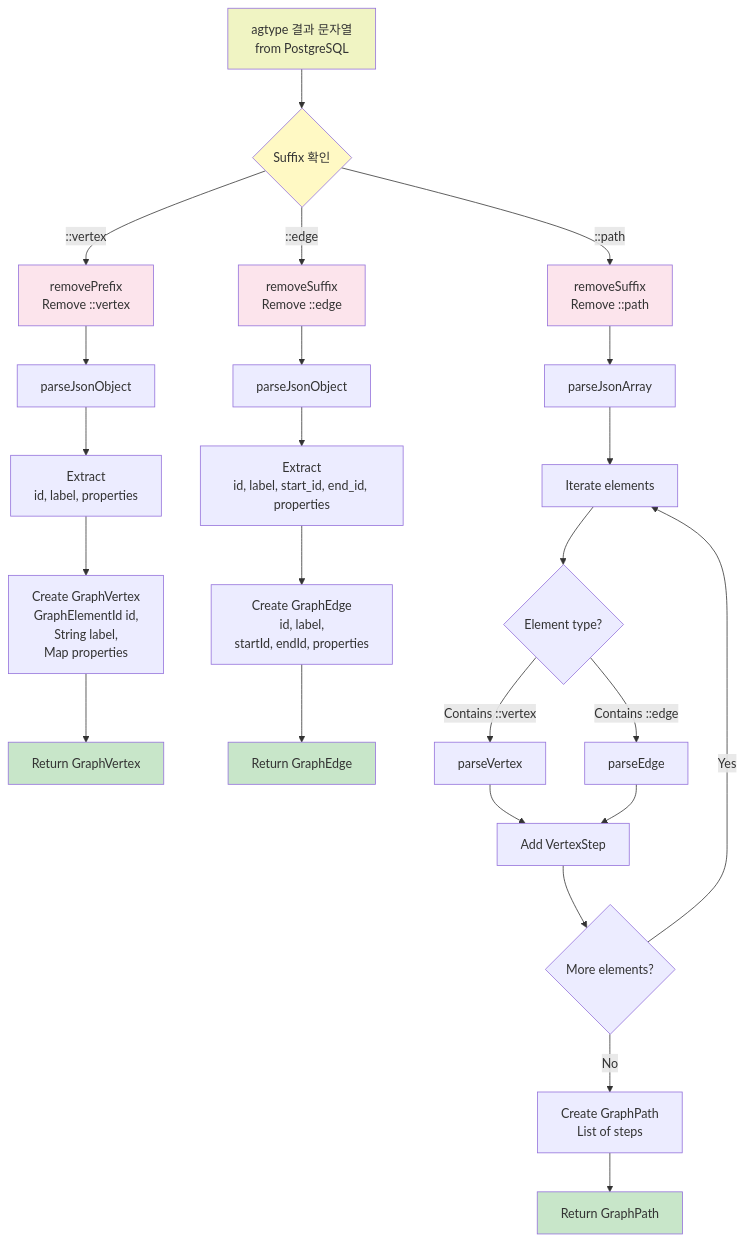
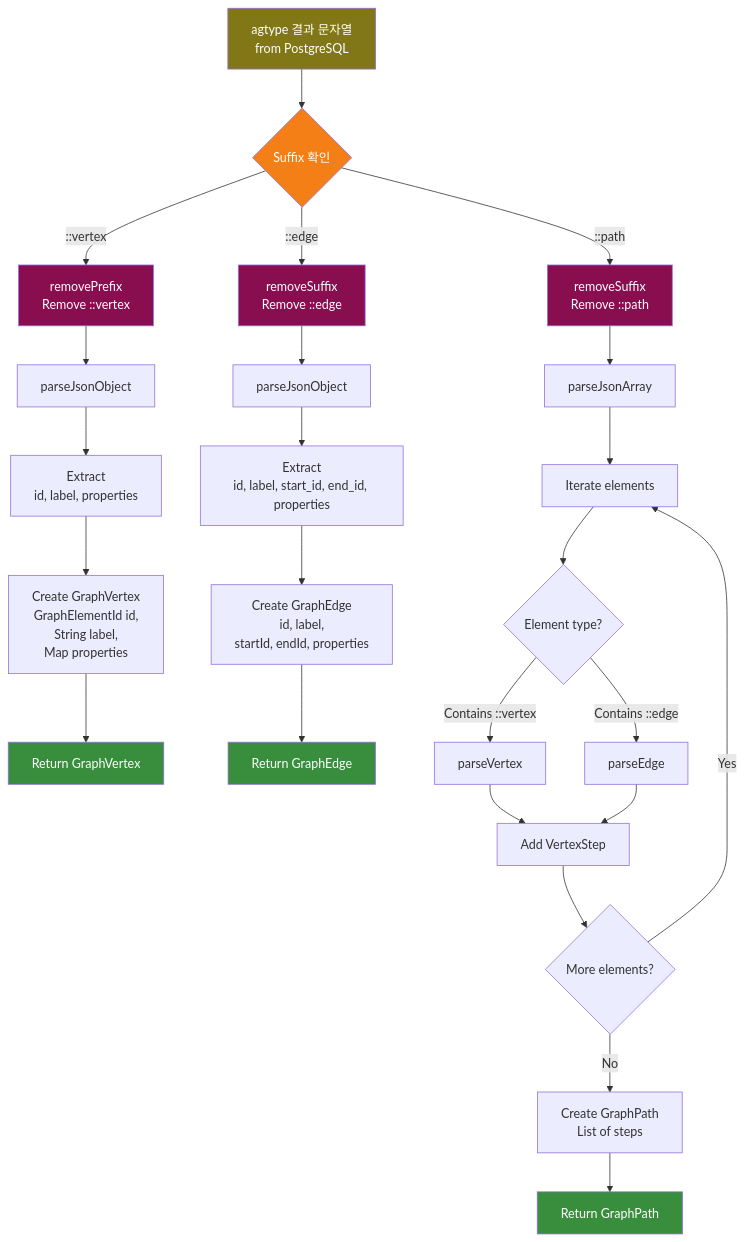
Before and after one commit to bluetape4k/bluetape4k-experimental: the tenth of 12 diagrams in graph/graph-age/README.md, drawn with Mermaid. The commit also changed other lines of this file and 71 other files, not shown here.

First line of the commit message:
feat(graph): Memgraph, TinkerPop 백엔드 및 Neo4j/Memgraph/TinkerPop 예제 추가

````diff
--- a/graph/graph-age/README.md
+++ b/graph/graph-age/README.md
@@ -350,39 +350,39 @@
 ```mermaid
 flowchart TD
     A["agtype 결과 문자열<br/>from PostgreSQL"] --> B{"Suffix 확인"}
     B -->|"::vertex"| C["removePrefix<br/>Remove ::vertex"]
     B -->|"::edge"| D["removeSuffix<br/>Remove ::edge"]
     B -->|"::path"| E["removeSuffix<br/>Remove ::path"]
 
     C --> F["parseJsonObject"]
     F --> G["Extract<br/>id, label, properties"]
     G --> H["Create GraphVertex<br/>GraphElementId id,<br/>String label,<br/>Map properties"]
 
     D --> I["parseJsonObject"]
     I --> J["Extract<br/>id, label, start_id, end_id, properties"]
     J --> K["Create GraphEdge<br/>id, label,<br/>startId, endId, properties"]
 
     E --> L["parseJsonArray"]
     L --> M["Iterate elements"]
     M --> N{"Element type?"}
     N -->|Contains ::vertex| O["parseVertex"]
     N -->|Contains ::edge| P["parseEdge"]
     O --> Q["Add VertexStep"]
     P --> Q
     Q --> R{"More elements?"}
     R -->|Yes| M
     R -->|No| S["Create GraphPath<br/>List of steps"]
 
     H --> T["Return GraphVertex"]
     K --> U["Return GraphEdge"]
     S --> V["Return GraphPath"]
 
-    style A fill:#f0f4c3
-    style B fill:#fff9c4
-    style C fill:#fce4ec
-    style D fill:#fce4ec
-    style E fill:#fce4ec
-    style T fill:#c8e6c9
-    style U fill:#c8e6c9
-    style V fill:#c8e6c9
+    style A fill:#827717,color:#fff
+    style B fill:#F57F17,color:#fff
+    style C fill:#880E4F,color:#fff
+    style D fill:#880E4F,color:#fff
+    style E fill:#880E4F,color:#fff
+    style T fill:#388E3C,color:#fff
+    style U fill:#388E3C,color:#fff
+    style V fill:#388E3C,color:#fff
 ```
````
